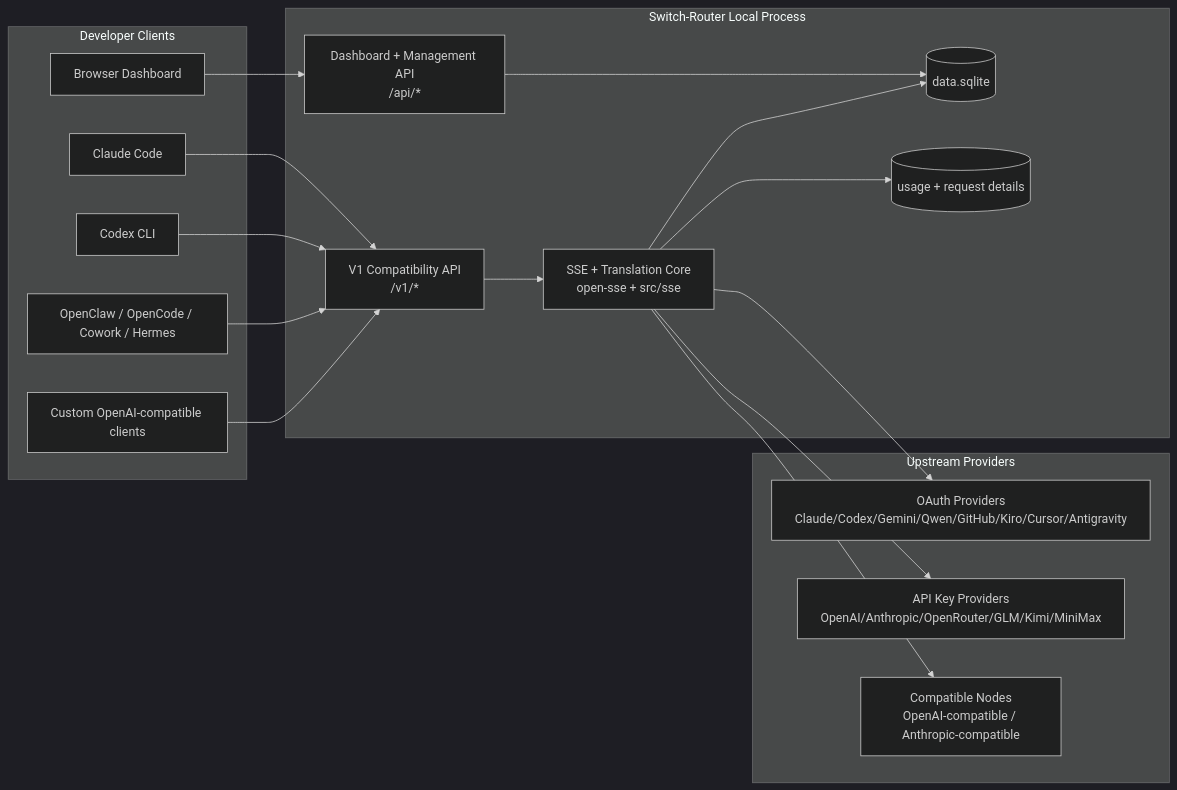
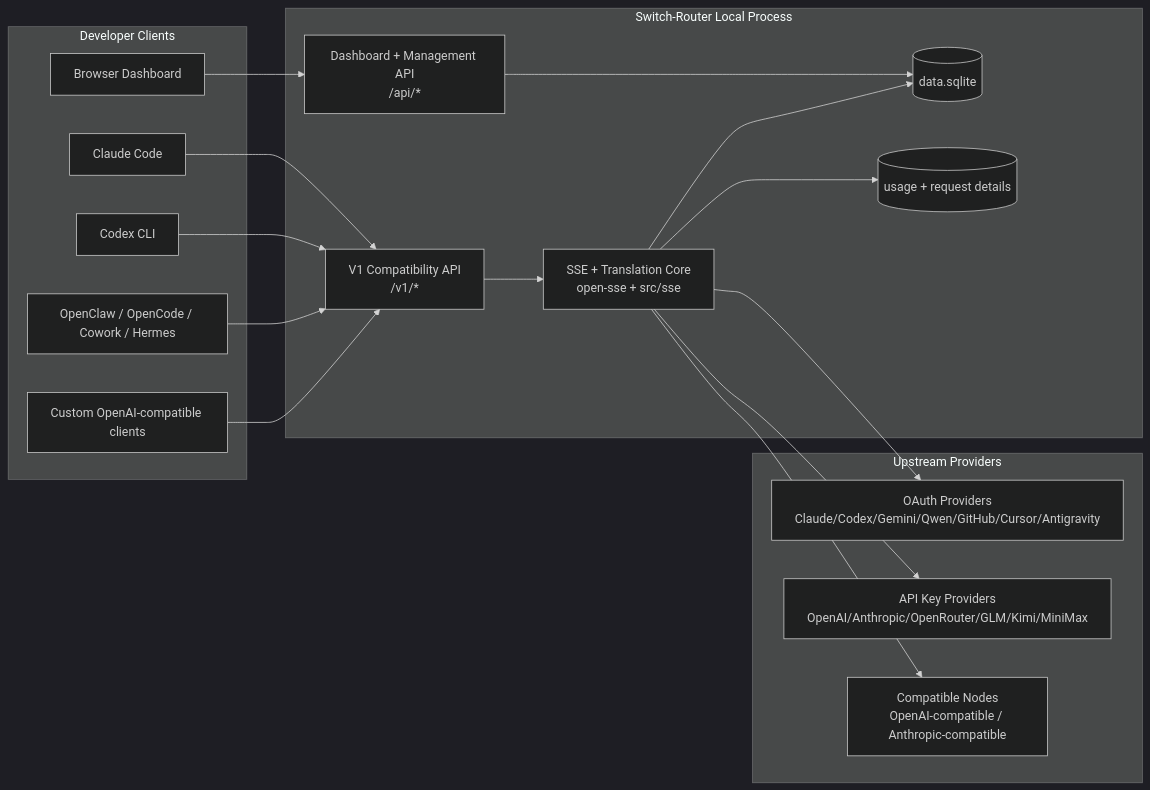
One commit to ManhND226677/switch-router changed the first of 6 diagrams in docs/ARCHITECTURE.md. Above: the diagram before and after it, drawn with Mermaid (dark theme). The commit also changed other lines of this file and 105 other files, not shown here.

First line of the commit message:
chore: remove Kiro/Cerebras/Blackbox/Azure providers and repair data refs

````diff
--- a/docs/ARCHITECTURE.md
+++ b/docs/ARCHITECTURE.md
@@ -42,40 +42,40 @@
 ```mermaid
 flowchart LR
     subgraph Clients[Developer Clients]
         C1[Claude Code]
         C2[Codex CLI]
         C3[OpenClaw / OpenCode / Cowork / Hermes]
         C4[Custom OpenAI-compatible clients]
         BROWSER[Browser Dashboard]
     end
 
     subgraph Router[Switch-Router Local Process]
         API[V1 Compatibility API\n/v1/*]
         DASH[Dashboard + Management API\n/api/*]
         CORE[SSE + Translation Core\nopen-sse + src/sse]
         DB[(data.sqlite)]
         UDB[(usage + request details)]
     end
 
     subgraph Upstreams[Upstream Providers]
-        P1[OAuth Providers\nClaude/Codex/Gemini/Qwen/GitHub/Kiro/Cursor/Antigravity]
+        P1[OAuth Providers\nClaude/Codex/Gemini/Qwen/GitHub/Cursor/Antigravity]
         P2[API Key Providers\nOpenAI/Anthropic/OpenRouter/GLM/Kimi/MiniMax]
         P3[Compatible Nodes\nOpenAI-compatible / Anthropic-compatible]
     end
 
     C1 --> API
     C2 --> API
     C3 --> API
     C4 --> API
     BROWSER --> DASH
 
     API --> CORE
     DASH --> DB
     CORE --> DB
     CORE --> UDB
 
     CORE --> P1
     CORE --> P2
     CORE --> P3
 
 ```
````
